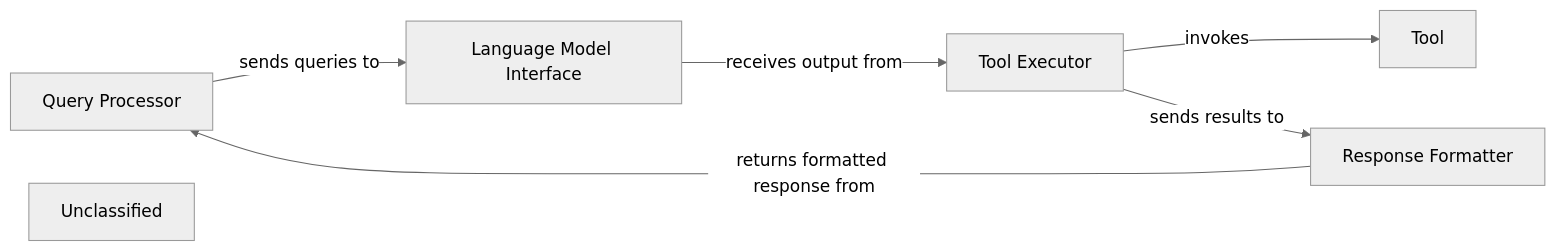
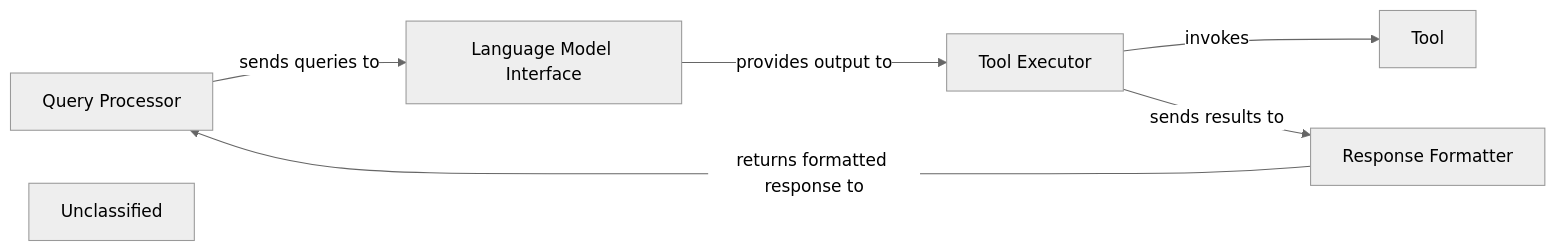
Before and after one commit to CodeBoarding/CodeBoarding: the diagram in .codeboarding/AI_Processing_Layer.md, drawn with Mermaid (neutral theme). The commit also changed other lines of this file and 11 other files, not shown here.

First line of the commit message:
docs: update codeboarding documentation and generate architecture

````diff
--- a/.codeboarding/AI_Processing_Layer.md
+++ b/.codeboarding/AI_Processing_Layer.md
@@ -1,13 +1,14 @@
 ```mermaid
 graph LR
     Query_Processor["Query Processor"]
     Language_Model_Interface["Language Model Interface"]
     Tool_Executor["Tool Executor"]
     Response_Formatter["Response Formatter"]
     Unclassified["Unclassified"]
+    Unclassified["Unclassified"]
     Query_Processor -- "sends queries to" --> Language_Model_Interface
-    Language_Model_Interface -- "receives output from" --> Tool_Executor
+    Language_Model_Interface -- "provides output to" --> Tool_Executor
     Tool_Executor -- "invokes" --> Tool
     Tool_Executor -- "sends results to" --> Response_Formatter
-    Response_Formatter -- "returns formatted response from" --> Query_Processor
+    Response_Formatter -- "returns formatted response to" --> Query_Processor
 ```
````
